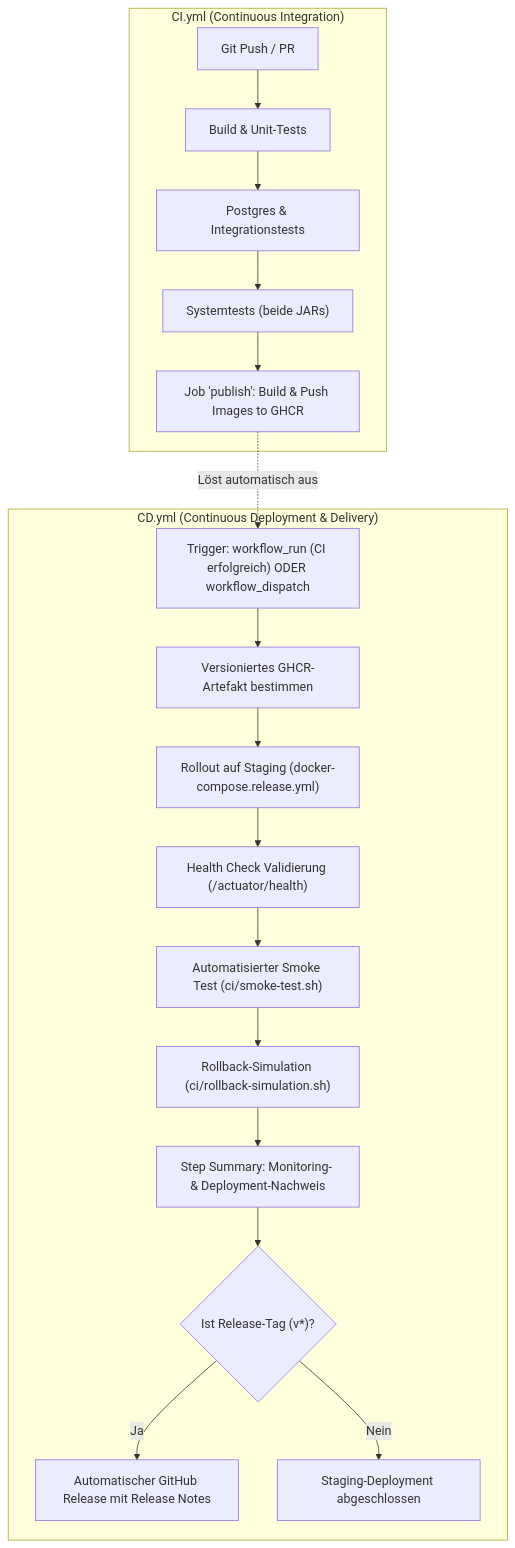
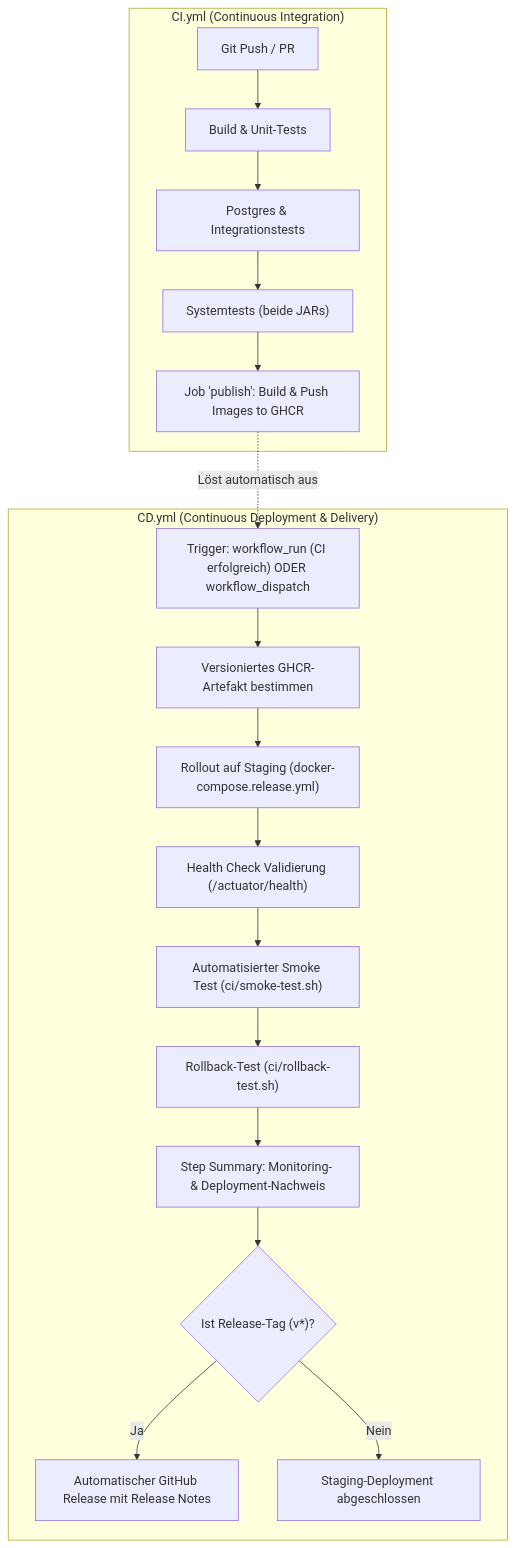
One commit to yaracorder0/m324_gruppe4 changed the diagram in Dokumentation/P4_Continuous_Deployment.md. Above: the diagram before and after it, drawn with Mermaid. The commit also changed other lines of this file and 14 other files, not shown here.

````diff
--- a/Dokumentation/P4_Continuous_Deployment.md
+++ b/Dokumentation/P4_Continuous_Deployment.md
@@ -179,23 +196,23 @@
 ```mermaid
 flowchart TD
     subgraph CI ["CI.yml (Continuous Integration)"]
         A["Git Push / PR"] --> B["Build & Unit-Tests"]
         B --> C["Postgres & Integrationstests"]
         C --> D["Systemtests (beide JARs)"]
         D --> E["Job 'publish': Build & Push Images to GHCR"]
     end
 
     subgraph CD ["CD.yml (Continuous Deployment & Delivery)"]
         F["Trigger: workflow_run (CI erfolgreich) ODER workflow_dispatch"] --> G["Versioniertes GHCR-Artefakt bestimmen"]
         G --> H["Rollout auf Staging (docker-compose.release.yml)"]
         H --> I["Health Check Validierung (/actuator/health)"]
         I --> J["Automatisierter Smoke Test (ci/smoke-test.sh)"]
-        J --> K["Rollback-Simulation (ci/rollback-simulation.sh)"]
+        J --> K["Rollback-Test (ci/rollback-test.sh)"]
         K --> L["Step Summary: Monitoring- & Deployment-Nachweis"]
         L --> M{"Ist Release-Tag (v*)?"}
         M -->|Ja| N["Automatischer GitHub Release mit Release Notes"]
         M -->|Nein| O["Staging-Deployment abgeschlossen"]
     end
 
     E -.->|Löst automatisch aus| F
 ```
````
